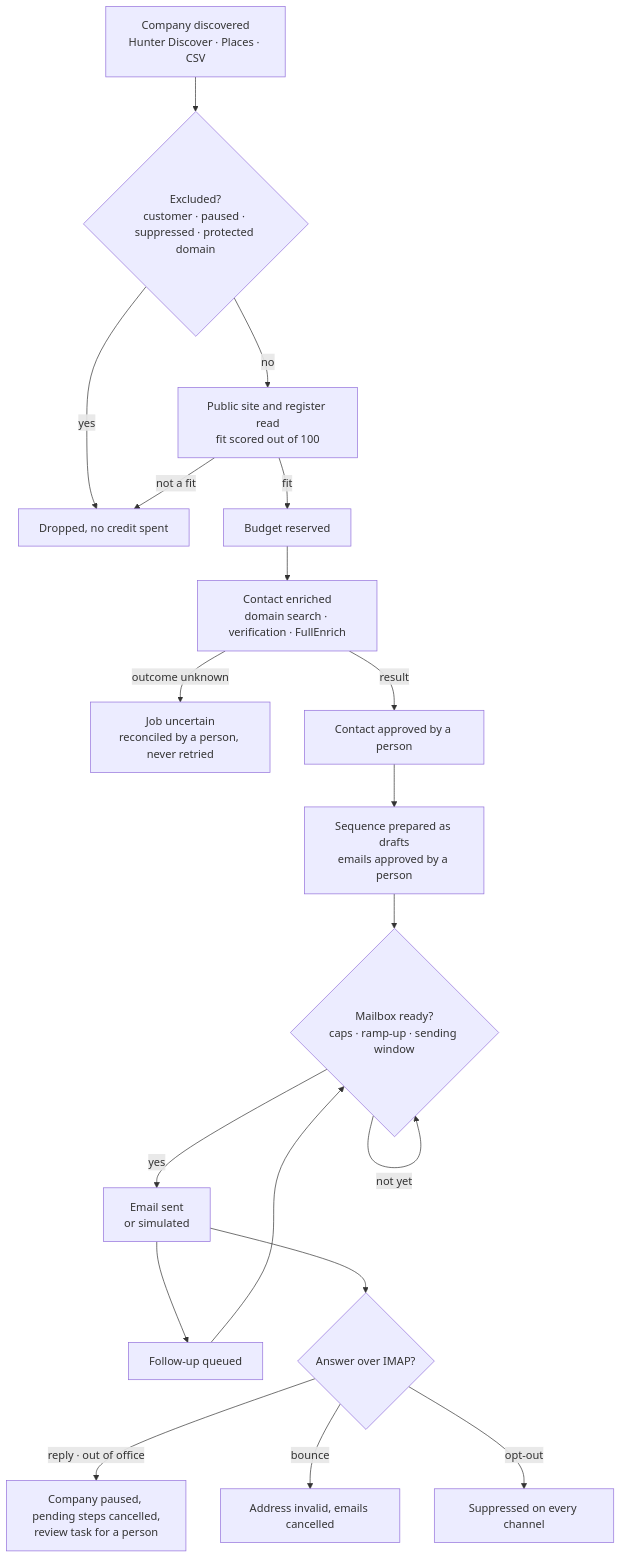
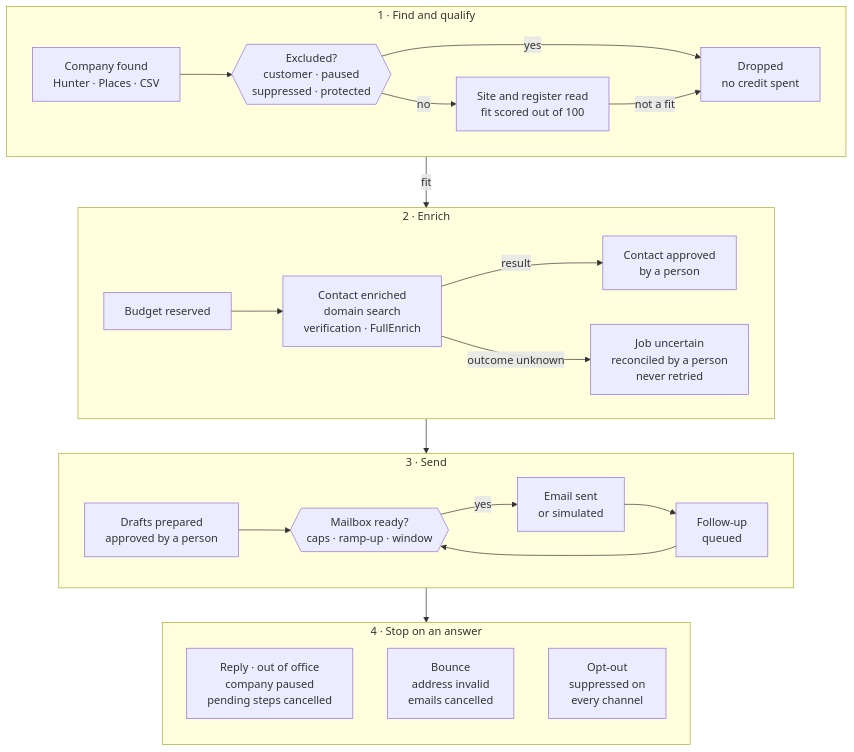
One commit to bilLkarkariy/lumelia-outreach changed the second of 2 diagrams in README.md. Above: the diagram before and after it, drawn with Mermaid. The commit also changed other lines of this file, not shown here.

Commit message:
docs(readme): make the diagrams and commands fit the page
The contact journey is grouped into four stages so it fits on one screen,
the architecture diagram is laid out top to bottom, and the long command
lines are wrapped. The journey now states where an opt-out comes from.

````diff
--- a/README.md
+++ b/README.md
@@ -101,21 +101,30 @@
 ```mermaid
-flowchart TD
-    A[Company discovered<br/>Hunter Discover · Places · CSV] --> B{Excluded?<br/>customer · paused · suppressed · protected domain}
-    B -->|yes| X[Dropped, no credit spent]
-    B -->|no| C[Public site and register read<br/>fit scored out of 100]
-    C -->|not a fit| X
-    C -->|fit| D[Budget reserved]
-    D --> E[Contact enriched<br/>domain search · verification · FullEnrich]
-    E -->|outcome unknown| U[Job uncertain<br/>reconciled by a person, never retried]
-    E -->|result| F[Contact approved by a person]
-    F --> G[Sequence prepared as drafts<br/>emails approved by a person]
-    G --> H{Mailbox ready?<br/>caps · ramp-up · sending window}
-    H -->|not yet| H
-    H -->|yes| I[Email sent<br/>or simulated]
-    I --> J[Follow-up queued]
-    J --> H
-    I --> K{Answer over IMAP?}
-    K -->|reply · out of office| L[Company paused, pending steps cancelled,<br/>review task for a person]
-    K -->|bounce| M[Address invalid, emails cancelled]
-    K -->|opt-out| N[Suppressed on every channel]
+flowchart TB
+    subgraph Q["1 · Find and qualify"]
+        direction LR
+        A[Company found<br/>Hunter · Places · CSV] --> B{{Excluded?<br/>customer · paused<br/>suppressed · protected}}
+        B -->|no| C[Site and register read<br/>fit scored out of 100]
+        B -->|yes| X[Dropped<br/>no credit spent]
+        C -->|not a fit| X
+    end
+    subgraph E["2 · Enrich"]
+        direction LR
+        D[Budget reserved] --> F[Contact enriched<br/>domain search<br/>verification · FullEnrich]
+        F -->|result| G[Contact approved<br/>by a person]
+        F -->|outcome unknown| U[Job uncertain<br/>reconciled by a person<br/>never retried]
+    end
+    subgraph S["3 · Send"]
+        direction LR
+        H[Drafts prepared<br/>approved by a person] --> I{{Mailbox ready?<br/>caps · ramp-up · window}}
+        I -->|yes| J[Email sent<br/>or simulated]
+        J --> K[Follow-up<br/>queued]
+        K --> I
+    end
+    subgraph R["4 · Stop on an answer"]
+        direction TB
+        M[Reply · out of office<br/>company paused<br/>pending steps cancelled]
+        N[Bounce<br/>address invalid<br/>emails cancelled]
+        O[Opt-out<br/>suppressed on<br/>every channel]
+    end
+    Q -->|fit| E --> S --> R
 ```
````
